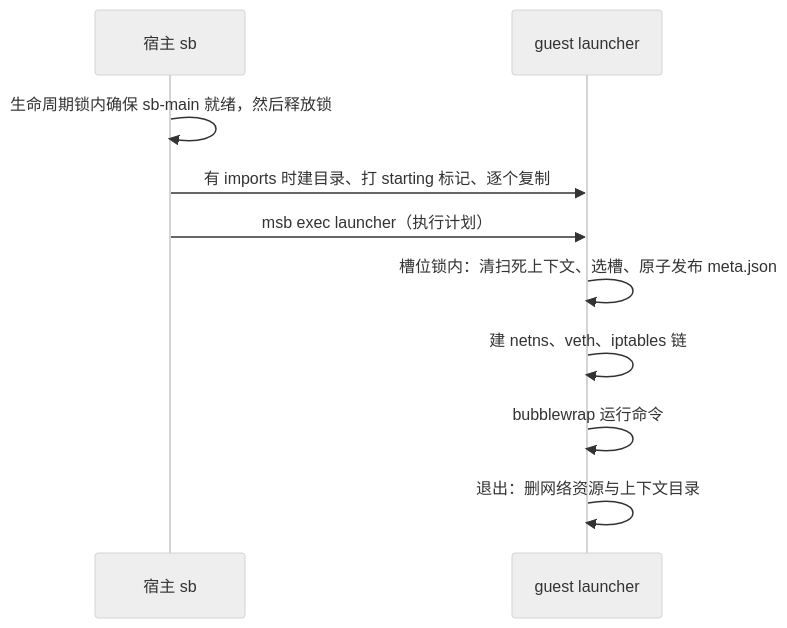
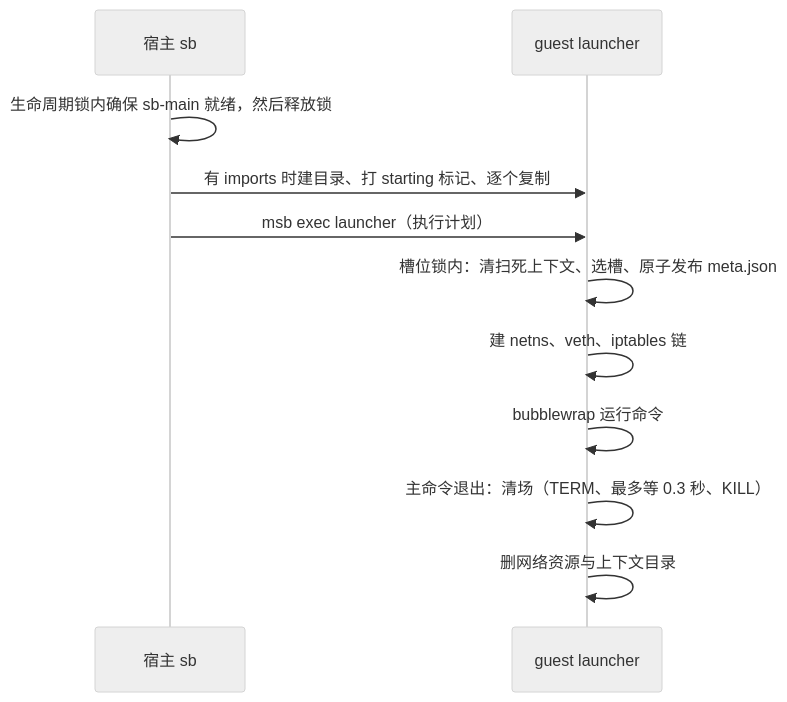
Before and after one commit to shelken/nix-config: the second of 2 diagrams in modules/features/ai/sandbox/README.md, drawn with Mermaid (neutral theme). The commit also changed other lines of this file and 1 other file, not shown here.

Commit message:
fix(sandbox): 主命令退出后清场，避免后台守护拖住退出
bwrap 的 PID 1 会等命名空间里所有进程退出才返回。pi-intercom 的 broker 在
最后一个客户端离开后还要再等 5 秒才关闭，导致每次退出 pi-sb 都多卡约 5 秒。

主命令退出后先对本上下文的 PID 命名空间发 TERM，最多等 0.3 秒让守护自己
清理 socket，再发 KILL。每个上下文各有 PID 命名空间，不影响其他上下文。
真实 pi /quit 5.12s -> 0.47s，退出码保持不变。

````diff
--- a/modules/features/ai/sandbox/README.md
+++ b/modules/features/ai/sandbox/README.md
@@ -103,12 +103,13 @@
 ```mermaid
 sequenceDiagram
   participant H as 宿主 sb
   participant G as guest launcher
   H->>H: 生命周期锁内确保 sb-main 就绪，然后释放锁
   H->>G: 有 imports 时建目录、打 starting 标记、逐个复制
   H->>G: msb exec launcher（执行计划）
   G->>G: 槽位锁内：清扫死上下文、选槽、原子发布 meta.json
   G->>G: 建 netns、veth、iptables 链
   G->>G: bubblewrap 运行命令
-  G->>G: 退出：删网络资源与上下文目录
+  G->>G: 主命令退出：清场（TERM、最多等 0.3 秒、KILL）
+  G->>G: 删网络资源与上下文目录
 ```
````
